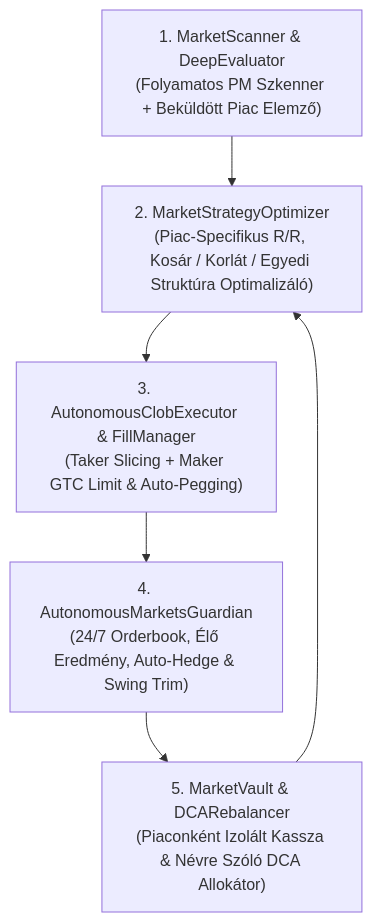
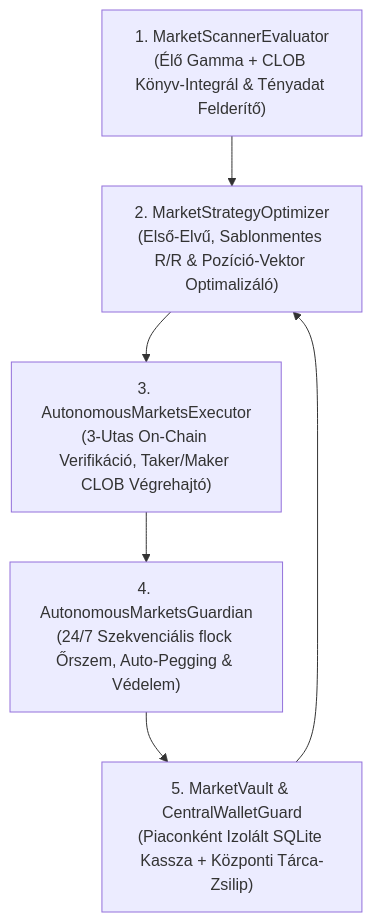
The diagram in AGENTS.md (xbtblvrg/polymarket-futures-and-regrisk-markets), drawn with Mermaid before and after one commit. The commit also changed other lines of this file and 5 other files, not shown here.

````diff
--- a/AGENTS.md
+++ b/AGENTS.md
@@ -229,8 +83,8 @@
 ```mermaid
 flowchart TD
-    A["1. MarketScanner & DeepEvaluator<br/>(Folyamatos PM Szkenner + Beküldött Piac Elemző)"] --> B["2. MarketStrategyOptimizer<br/>(Piac-Specifikus R/R, Kosár / Korlát / Egyedi Struktúra Optimalizáló)"]
-    B --> C["3. AutonomousClobExecutor & FillManager<br/>(Taker Slicing + Maker GTC Limit & Auto-Pegging)"]
-    C --> D["4. AutonomousMarketsGuardian<br/>(24/7 Orderbook, Élő Eredmény, Auto-Hedge & Swing Trim)"]
-    D --> E["5. MarketVault & DCARebalancer<br/>(Piaconként Izolált Kassza & Névre Szóló DCA Allokátor)"]
+    A["1. MarketScannerEvaluator<br/>(Élő Gamma + CLOB Könyv-Integrál & Tényadat Felderítő)"] --> B["2. MarketStrategyOptimizer<br/>(Első-Elvű, Sablonmentes R/R & Pozíció-Vektor Optimalizáló)"]
+    B --> C["3. AutonomousMarketsExecutor<br/>(3-Utas On-Chain Verifikáció, Taker/Maker CLOB Végrehajtó)"]
+    C --> D["4. AutonomousMarketsGuardian<br/>(24/7 Szekvenciális flock Őrszem, Auto-Pegging & Védelem)"]
+    D --> E["5. MarketVault & CentralWalletGuard<br/>(Piaconként Izolált SQLite Kassza + Központi Tárca-Zsilip)"]
     E --> B
 ```
````
